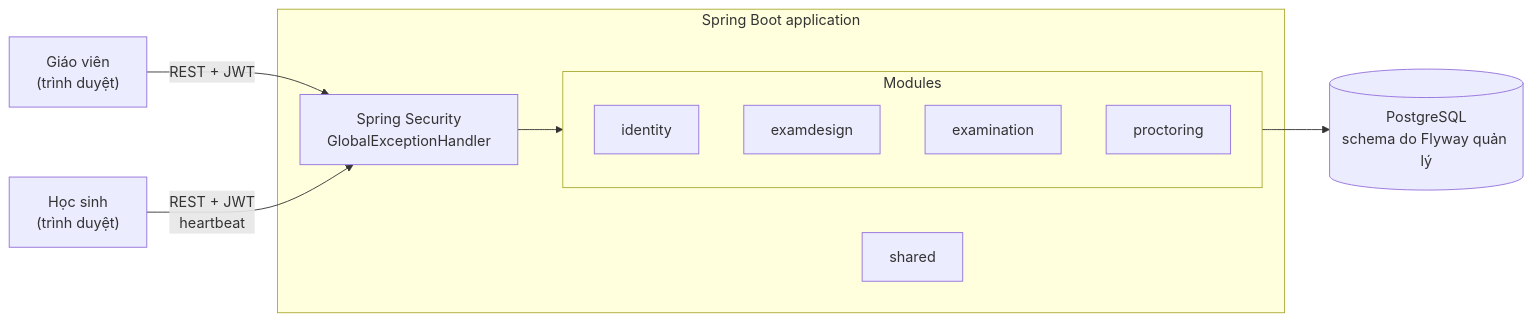
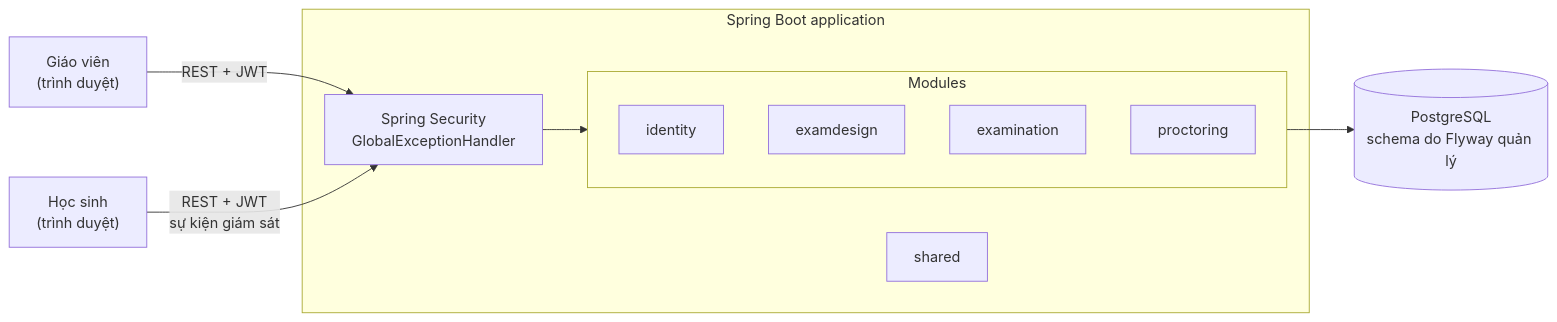
The first of 3 diagrams in README.md (zindo511/Exam-Practice), drawn with Mermaid before and after one commit. The commit also changed other lines of this file and 22 other files, not shown here.

````diff
--- a/README.md
+++ b/README.md
@@ -178,18 +177,18 @@
 ```mermaid
 flowchart LR
     T["Giáo viên<br/>(trình duyệt)"] -->|"REST + JWT"| SEC
-    S["Học sinh<br/>(trình duyệt)"] -->|"REST + JWT<br/>heartbeat"| SEC
+    S["Học sinh<br/>(trình duyệt)"] -->|"REST + JWT<br/>sự kiện giám sát"| SEC
 
     subgraph APP["Spring Boot application"]
         SEC["Spring Security<br/>GlobalExceptionHandler"] --> MODS
         subgraph MODS["Modules"]
             ID["identity"]
             ED["examdesign"]
             EX["examination"]
             PR["proctoring"]
         end
         SH["shared"]
     end
 
     MODS --> DB[("PostgreSQL<br/>schema do Flyway quản lý")]
 ```
````
